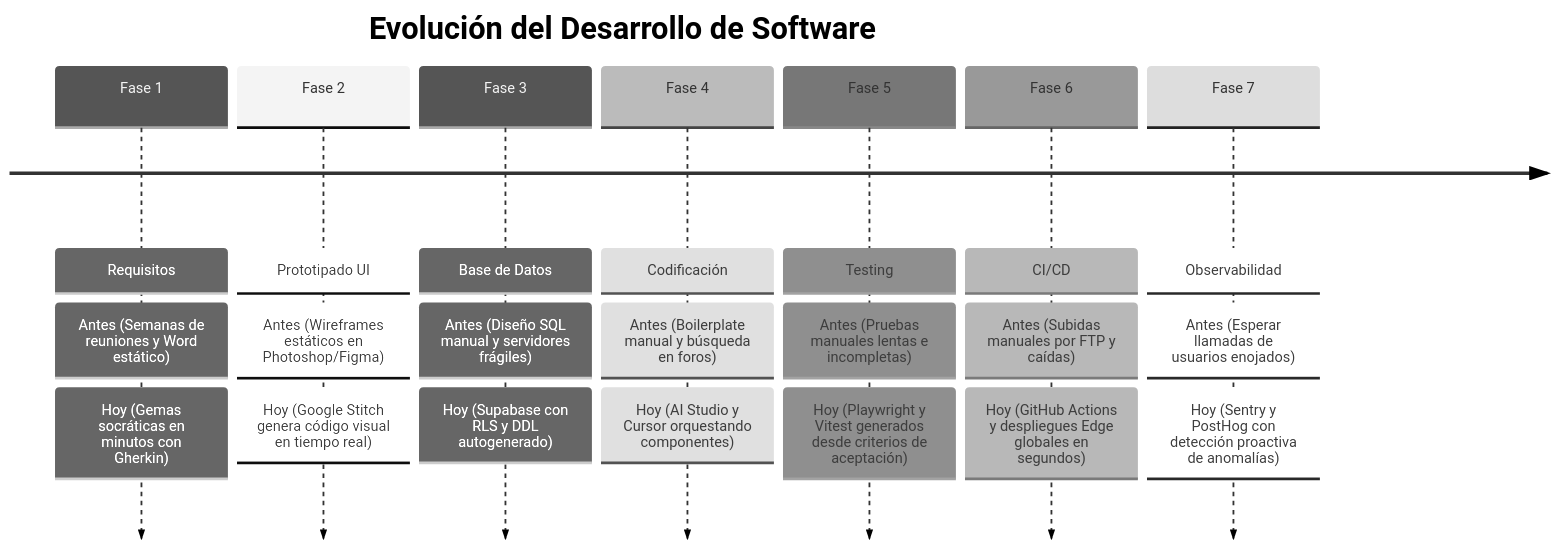
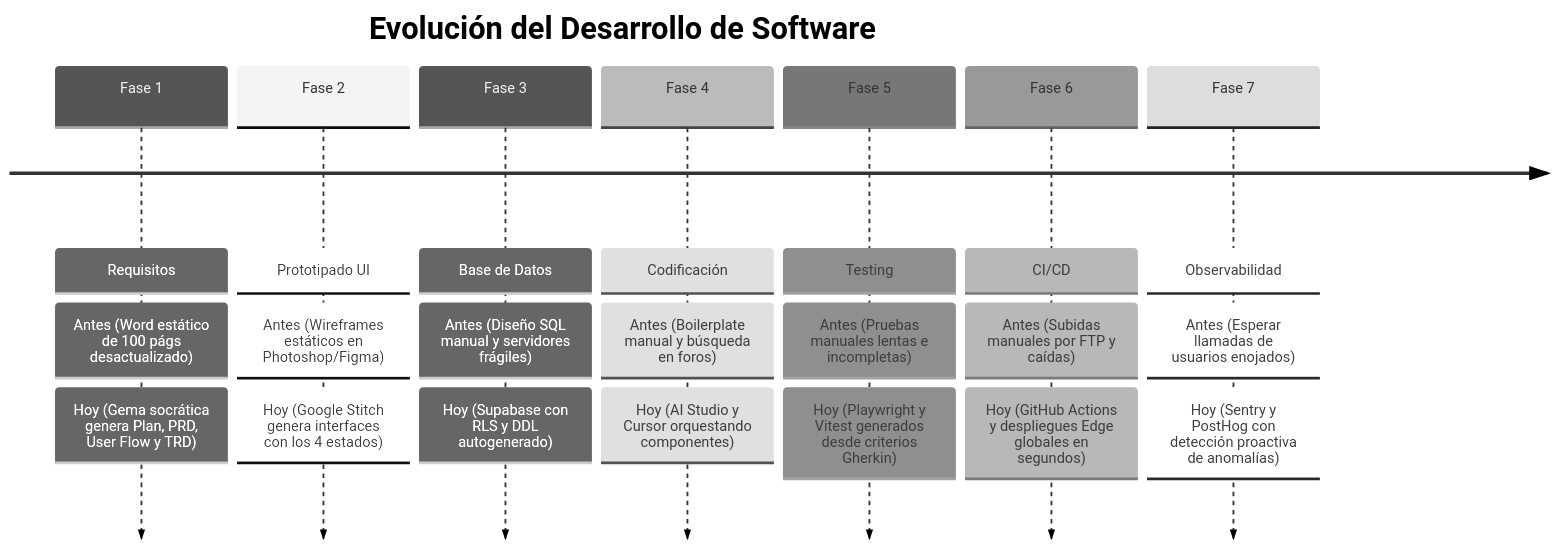
The second of 3 diagrams in 10_VISION_HOLISTICA_Y_7_FASES_SDLC.md (miuguelt/guia-desarrollo-guiado), drawn with Mermaid (neutral theme) before and after one commit. The commit also changed other lines of this file and 16 other files, not shown here.

````diff
--- a/10_VISION_HOLISTICA_Y_7_FASES_SDLC.md
+++ b/10_VISION_HOLISTICA_Y_7_FASES_SDLC.md
@@ -57,11 +57,11 @@
 ```mermaid
 timeline
     title Evolución del Desarrollo de Software
-    Fase 1 : Requisitos : Antes (Semanas de reuniones y Word estático) : Hoy (Gemas socráticas en minutos con Gherkin)
-    Fase 2 : Prototipado UI : Antes (Wireframes estáticos en Photoshop/Figma) : Hoy (Google Stitch genera código visual en tiempo real)
+    Fase 1 : Requisitos : Antes (Word estático de 100 págs desactualizado) : Hoy (Gema socrática genera Plan, PRD, User Flow y TRD)
+    Fase 2 : Prototipado UI : Antes (Wireframes estáticos en Photoshop/Figma) : Hoy (Google Stitch genera interfaces con los 4 estados)
     Fase 3 : Base de Datos : Antes (Diseño SQL manual y servidores frágiles) : Hoy (Supabase con RLS y DDL autogenerado)
     Fase 4 : Codificación : Antes (Boilerplate manual y búsqueda en foros) : Hoy (AI Studio y Cursor orquestando componentes)
-    Fase 5 : Testing : Antes (Pruebas manuales lentas e incompletas) : Hoy (Playwright y Vitest generados desde criterios de aceptación)
+    Fase 5 : Testing : Antes (Pruebas manuales lentas e incompletas) : Hoy (Playwright y Vitest generados desde criterios Gherkin)
     Fase 6 : CI/CD : Antes (Subidas manuales por FTP y caídas) : Hoy (GitHub Actions y despliegues Edge globales en segundos)
     Fase 7 : Observabilidad : Antes (Esperar llamadas de usuarios enojados) : Hoy (Sentry y PostHog con detección proactiva de anomalías)
 ```
````
